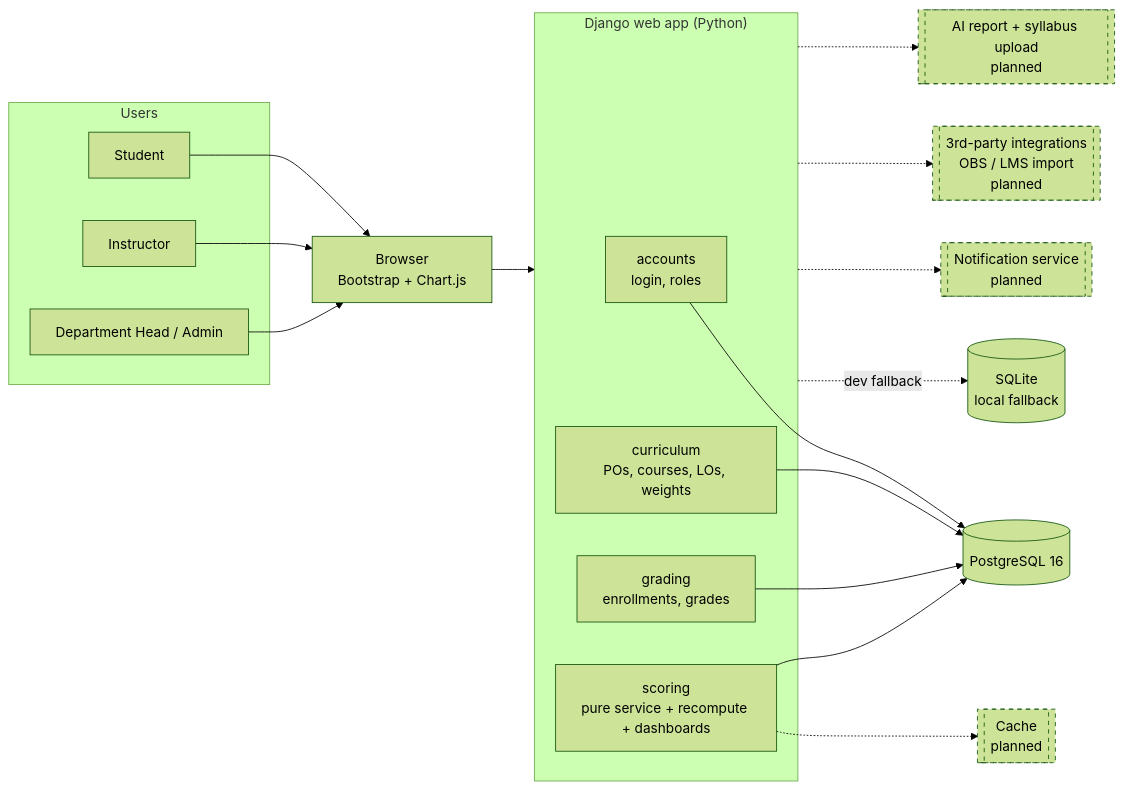
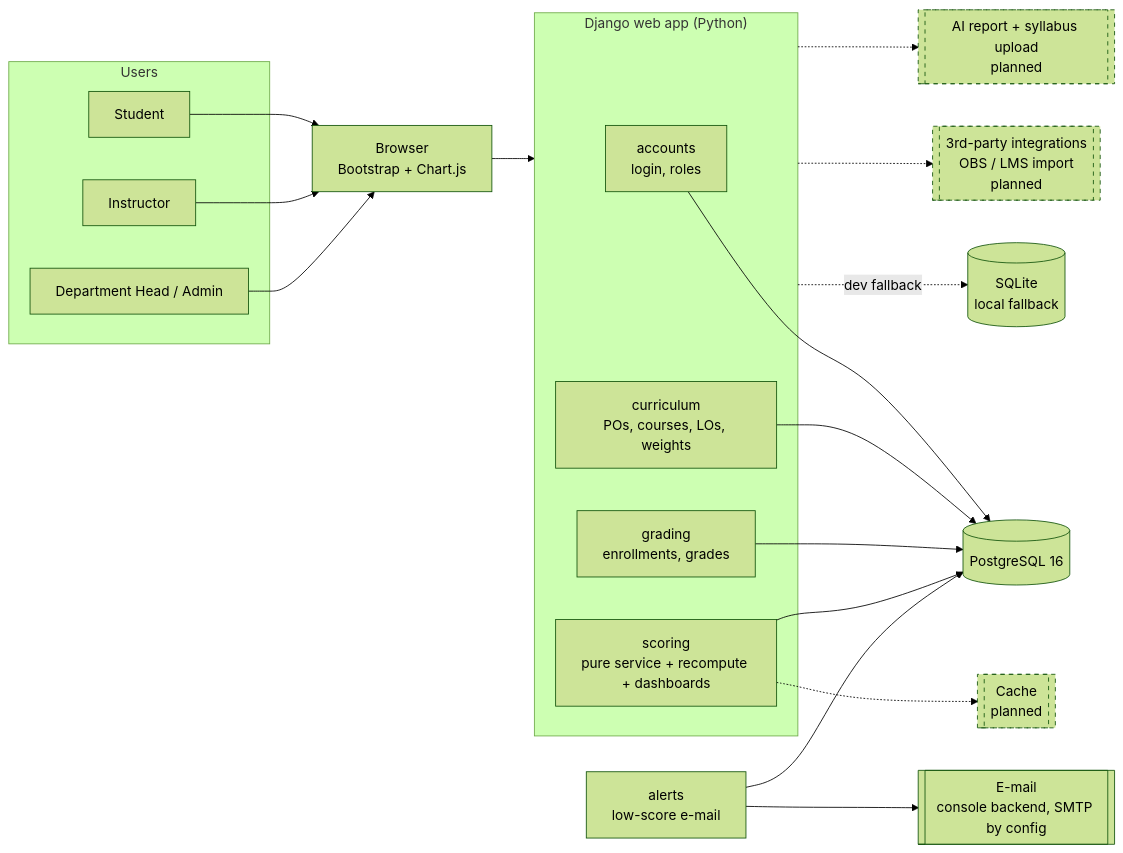
One commit to teomanksrc/cse311-project changed the first of 2 diagrams in docs/architecture.md. Above: the diagram before and after it, drawn with Mermaid (forest theme). The commit also changed other lines of this file and 22 other files, not shown here.

First line of the commit message:
Add low-score alerts on the dashboard and by e-mail

````diff
--- a/docs/architecture.md
+++ b/docs/architecture.md
@@ -5,38 +5,38 @@
 ```mermaid
 flowchart LR
     subgraph Users
         S[Student]
         I[Instructor]
         H[Department Head / Admin]
     end
 
     B[Browser<br/>Bootstrap + Chart.js]
 
     subgraph Django["Django web app (Python)"]
         A[accounts<br/>login, roles]
         C[curriculum<br/>POs, courses, LOs, weights]
         G[grading<br/>enrollments, grades]
         SC[scoring<br/>pure service + recompute + dashboards]
     end
 
     DB[(PostgreSQL 16)]
     SQLITE[(SQLite<br/>local fallback)]
 
     CACHE[[Cache<br/>planned]]
-    NOTIF[[Notification service<br/>planned]]
+    AL[alerts<br/>low-score e-mail]
+    MAIL[[E-mail<br/>console backend, SMTP by config]]
     EXT[[3rd-party integrations<br/>OBS / LMS import<br/>planned]]
     AI[[AI report + syllabus upload<br/>planned]]
 
     S & I & H --> B --> Django
-    A & C & G & SC --> DB
+    A & C & G & SC & AL --> DB
     Django -. dev fallback .-> SQLITE
     SC -.-> CACHE
-    Django -.-> NOTIF
+    AL --> MAIL
     Django -.-> EXT
     Django -.-> AI
 
     style CACHE stroke-dasharray: 5 5
-    style NOTIF stroke-dasharray: 5 5
     style EXT stroke-dasharray: 5 5
     style AI stroke-dasharray: 5 5
 ```
````
